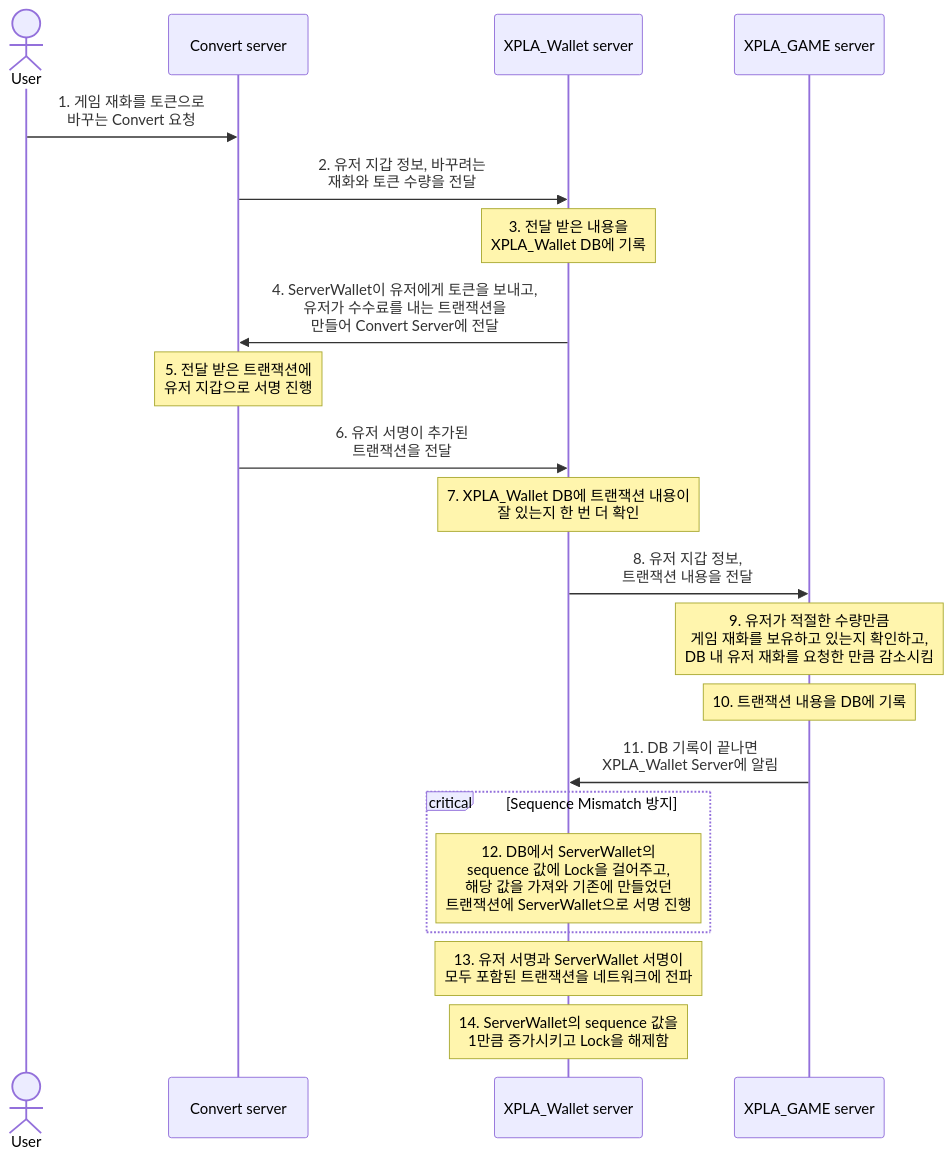
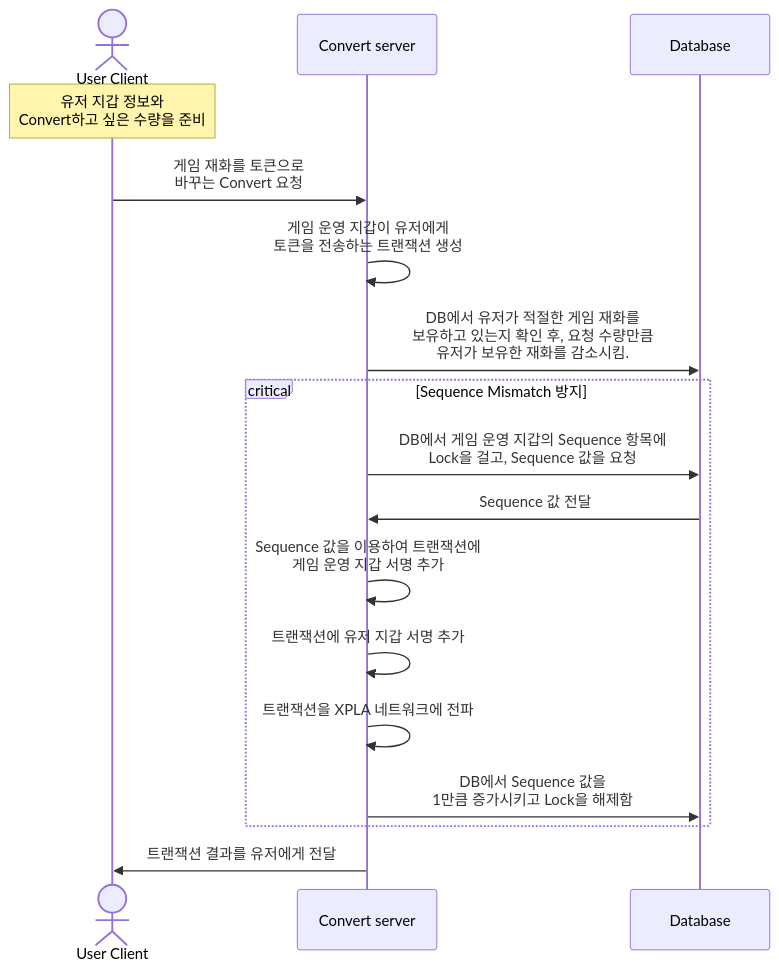
Before and after one commit to xpladev/academy: the diagram in docs/3-tutorial/3-add-func-to-game-2/4-convert.mdx, drawn with Mermaid. The commit also changed other lines of this file, not shown here.

Commit message:
Feat : Write Convert Draft

````diff
--- a/docs/3-tutorial/3-add-func-to-game-2/4-convert.mdx
+++ b/docs/3-tutorial/3-add-func-to-game-2/4-convert.mdx
@@ -17,26 +37,20 @@
 ```mermaid
 sequenceDiagram
-    actor U as User;
+    actor U as User Client;
     participant C as Convert server;
-    participant W as XPLA_Wallet server;
-    participant G as XPLA_GAME server;
+    participant D as Database;
 
-    U->>C: 1. 게임 재화를 토큰으로<br/> 바꾸는 Convert 요청 
-    C->>W: 2. 유저 지갑 정보, 바꾸려는<br/> 재화와 토큰 수량을 전달
-    Note over W: 3. 전달 받은 내용을<br/> XPLA_Wallet DB에 기록
-    W->>C: 4. ServerWallet이 유저에게 토큰을 보내고,<br/> 유저가 수수료를 내는 트랜잭션을<br/> 만들어 Convert Server에 전달
-    Note over C: 5. 전달 받은 트랜잭션에<br/> 유저 지갑으로 서명 진행
-    C->>W: 6. 유저 서명이 추가된<br/> 트랜잭션을 전달
-    Note over W: 7. XPLA_Wallet DB에 트랜잭션 내용이<br/> 잘 있는지 한 번 더 확인
-    W->>G: 8. 유저 지갑 정보,<br/> 트랜잭션 내용을 전달
-    Note over G: 9. 유저가 적절한 수량만큼<br/> 게임 재화를 보유하고 있는지 확인하고,<br/> DB 내 유저 재화를 요청한 만큼 감소시킴
-    Note over G: 10. 트랜잭션 내용을 DB에 기록
-    G->>W: 11. DB 기록이 끝나면 <br/>XPLA_Wallet Server에 알림
+    Note over U: 유저 지갑 정보와<br/> Convert하고 싶은 수량을 준비
+    U->>C: 게임 재화를 토큰으로<br/> 바꾸는 Convert 요청 
+    C->>C: 게임 운영 지갑이 유저에게<br/> 토큰을 전송하는 트랜잭션 생성
+    C->>D: DB에서 유저가 적절한 게임 재화를<br/> 보유하고 있는지 확인 후, 요청 수량만큼<br/> 유저가 보유한 재화를 감소시킴.
     critical Sequence Mismatch 방지
-        Note over W: 12. DB에서 ServerWallet의<br/> sequence 값에 Lock을 걸어주고, <br/>해당 값을 가져와 기존에 만들었던<br/> 트랜잭션에 ServerWallet으로 서명 진행
+        C->>D: DB에서 게임 운영 지갑의 Sequence 항목에<br/> Lock을 걸고, Sequence 값을 요청
+        D->>C: Sequence 값 전달
+        C->>C: Sequence 값을 이용하여 트랜잭션에<br/> 게임 운영 지갑 서명 추가
+        C->>C: 트랜잭션에 유저 지갑 서명 추가
+        C->>C: 트랜잭션을 XPLA 네트워크에 전파
+        C->>D: DB에서 Sequence 값을<br/> 1만큼 증가시키고 Lock을 해제함
     end
-    Note over W: 13. 유저 서명과 ServerWallet 서명이<br/> 모두 포함된 트랜잭션을 네트워크에 전파
-    Note over W: 14. ServerWallet의 sequence 값을<br/> 1만큼 증가시키고 Lock을 해제함
-    
-    
+    C->>U: 트랜잭션 결과를 유저에게 전달
 ```
````
